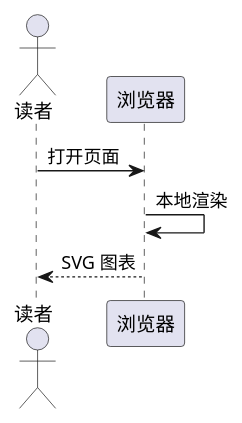
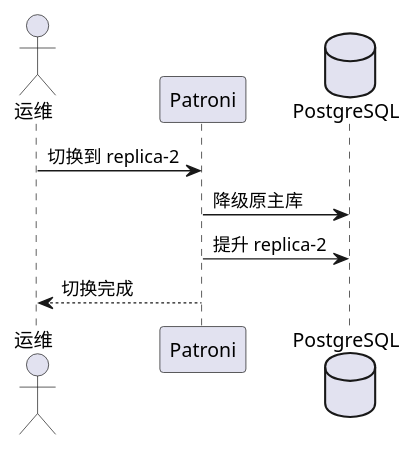
One commit to pgsty/oink.pgsty.com changed the first of 5 diagrams in content/docs/components/plantuml.zh.md. Above: the diagram before and after it, drawn with PlantUML. The commit also changed other lines of this file and 148 other files, not shown here.

````diff
--- a/content/docs/components/plantuml.zh.md
+++ b/content/docs/components/plantuml.zh.md
@@ -43,9 +40,11 @@
 ```plantuml
 @startuml
-actor 读者
-participant 浏览器
-读者 -> 浏览器 : 打开页面
-浏览器 -> 浏览器 : 本地渲染
-浏览器 --> 读者 : SVG 图表
+actor 运维
+participant Patroni
+database PostgreSQL
+运维 -> Patroni : 切换到 replica-2
+Patroni -> PostgreSQL : 降级原主库
+Patroni -> PostgreSQL : 提升 replica-2
+Patroni --> 运维 : 切换完成
 @enduml
 ```
````
